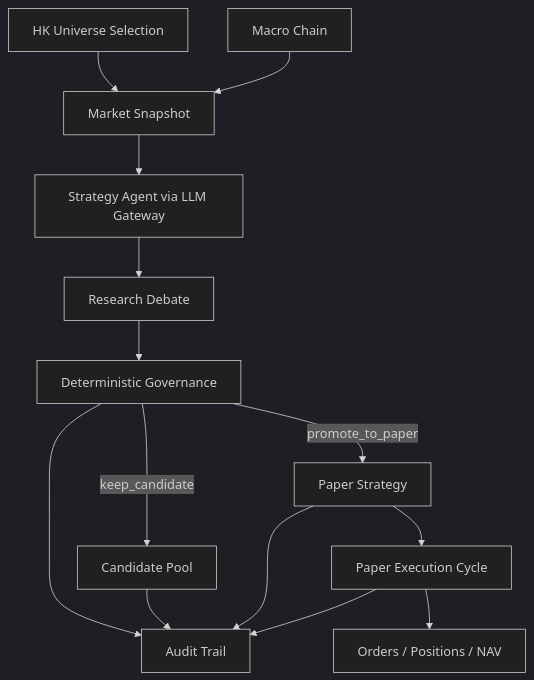
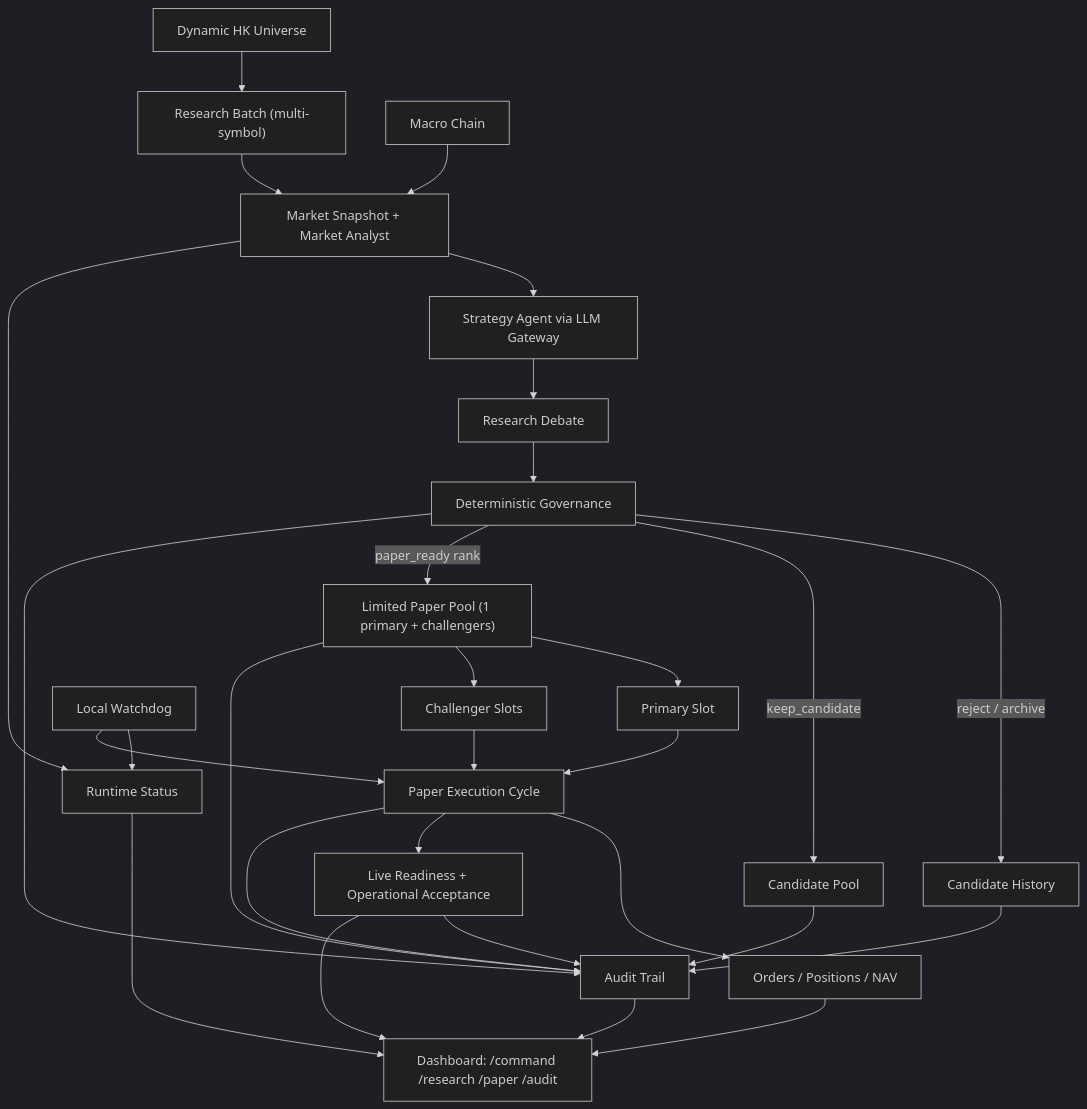
One commit to nullwuwu/openhamster changed the diagram in README.md. Above: the diagram before and after it, drawn with Mermaid (dark theme).

Commit message:
docs: refresh readme system flowchart

````diff
--- a/README.md
+++ b/README.md
@@ -60,16 +60,37 @@
 ```mermaid
 flowchart TD
-    A["HK Universe Selection"] --> B["Market Snapshot"]
-    M["Macro Chain"] --> B
-    B --> C["Strategy Agent via LLM Gateway"]
-    C --> D["Research Debate"]
-    D --> E["Deterministic Governance"]
-    E -->|"keep_candidate"| F["Candidate Pool"]
-    E -->|"promote_to_paper"| G["Paper Strategy"]
-    G --> H["Paper Execution Cycle"]
-    H --> I["Orders / Positions / NAV"]
-    E --> J["Audit Trail"]
-    F --> J
-    G --> J
-    H --> J
+    A["Dynamic HK Universe"] --> B["Research Batch (multi-symbol)"]
+    M["Macro Chain"] --> C["Market Snapshot + Market Analyst"]
+    B --> C
+
+    C --> D["Strategy Agent via LLM Gateway"]
+    D --> E["Research Debate"]
+    E --> F["Deterministic Governance"]
+
+    F -->|"reject / archive"| G["Candidate History"]
+    F -->|"keep_candidate"| H["Candidate Pool"]
+    F -->|"paper_ready rank"| I["Limited Paper Pool (1 primary + challengers)"]
+
+    I --> J["Primary Slot"]
+    I --> K["Challenger Slots"]
+    J --> L["Paper Execution Cycle"]
+    K --> L
+    L --> M1["Orders / Positions / NAV"]
+
+    C --> N["Runtime Status"]
+    L --> O["Live Readiness + Operational Acceptance"]
+    P["Local Watchdog"] --> N
+    P --> L
+
+    F --> Q["Audit Trail"]
+    G --> Q
+    H --> Q
+    I --> Q
+    L --> Q
+    O --> Q
+
+    N --> R["Dashboard: /command /research /paper /audit"]
+    M1 --> R
+    O --> R
+    Q --> R
 ```
````
